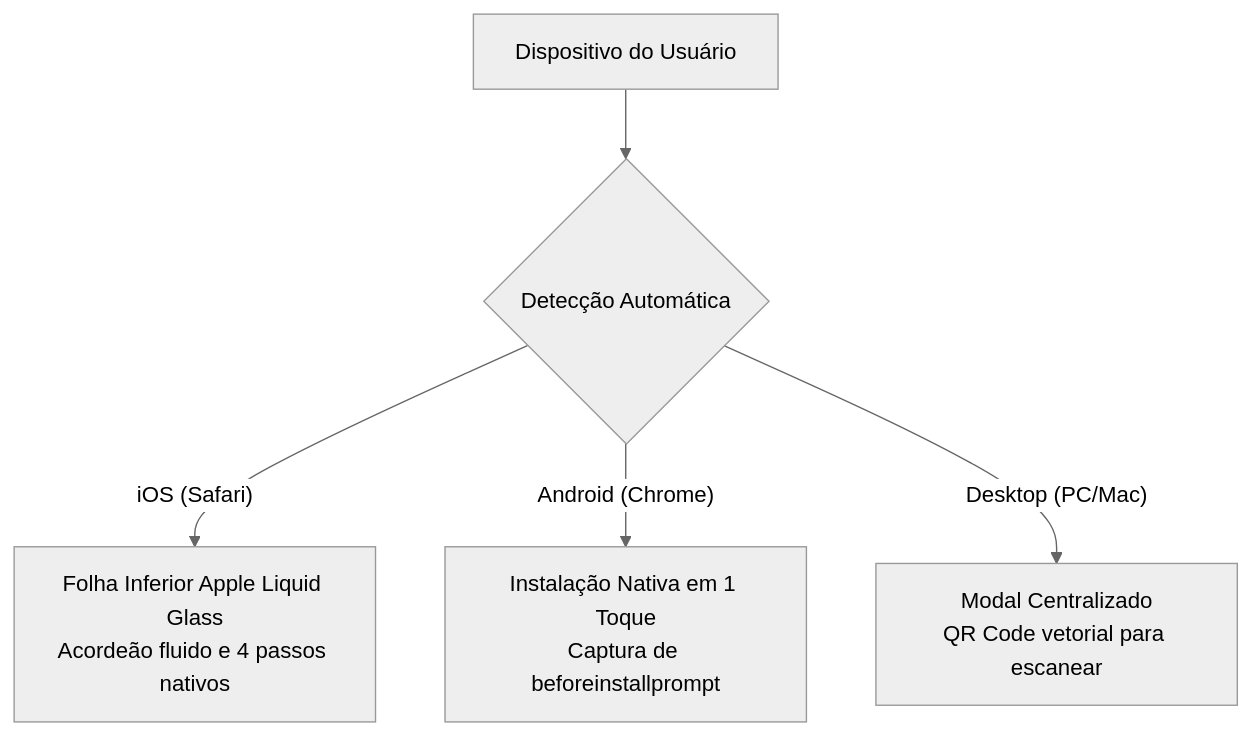
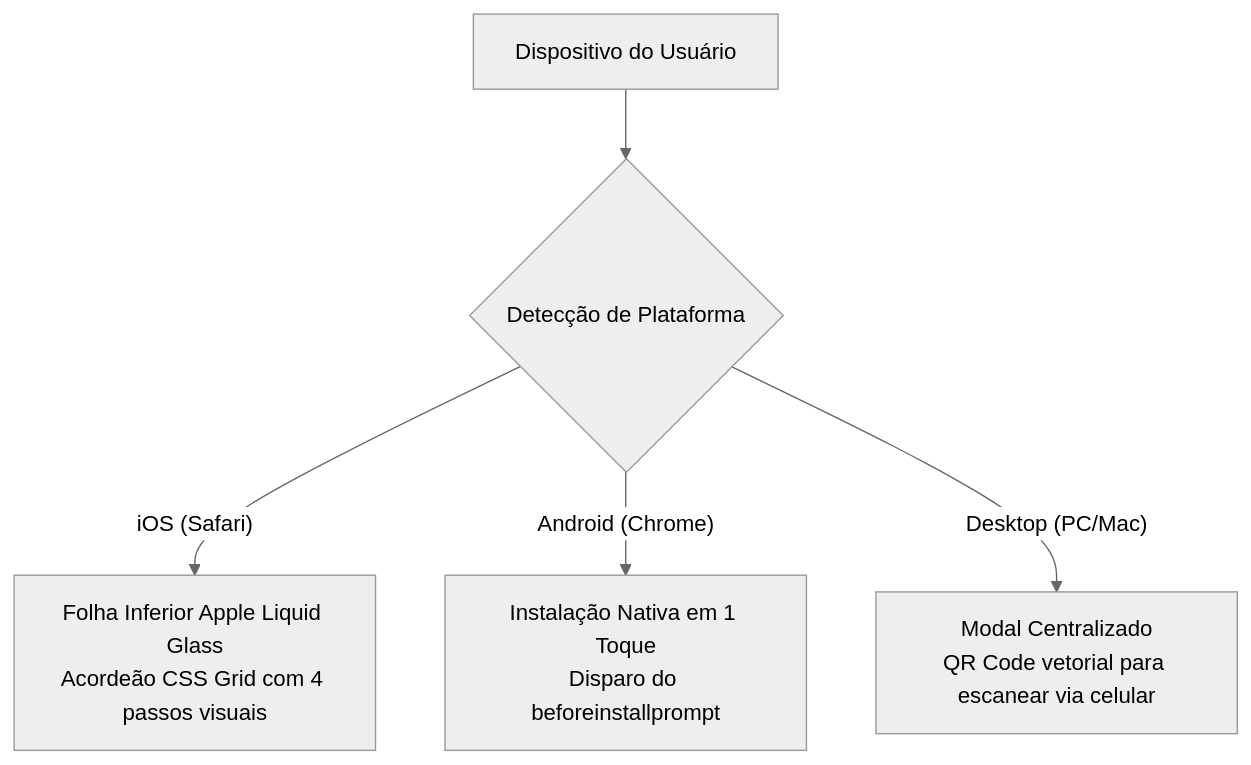
The first of 2 diagrams in README.md (JefersonMarcioEspindola/pwa-modal-installer), drawn with Mermaid (neutral theme) before and after one commit. The commit also changed other lines of this file and 6 other files, not shown here.

````diff
--- a/README.md
+++ b/README.md
@@ -65,8 +80,8 @@
 ```mermaid
 flowchart TD
-    User["Dispositivo do Usuário"] --> Platform{"Detecção Automática"}
+    User["Dispositivo do Usuário"] --> Platform{"Detecção de Plataforma"}
 
-    Platform -->|"iOS (Safari)"| IOS["Folha Inferior Apple Liquid Glass<br/>Acordeão fluido e 4 passos nativos"]
-    Platform -->|"Android (Chrome)"| Android["Instalação Nativa em 1 Toque<br/>Captura de beforeinstallprompt"]
-    Platform -->|"Desktop (PC/Mac)"| Desktop["Modal Centralizado<br/>QR Code vetorial para escanear"]
+    Platform -->|"iOS (Safari)"| IOS["Folha Inferior Apple Liquid Glass<br/>Acordeão CSS Grid com 4 passos visuais"]
+    Platform -->|"Android (Chrome)"| Android["Instalação Nativa em 1 Toque<br/>Disparo do beforeinstallprompt"]
+    Platform -->|"Desktop (PC/Mac)"| Desktop["Modal Centralizado<br/>QR Code vetorial para escanear via celular"]
 ```
````
